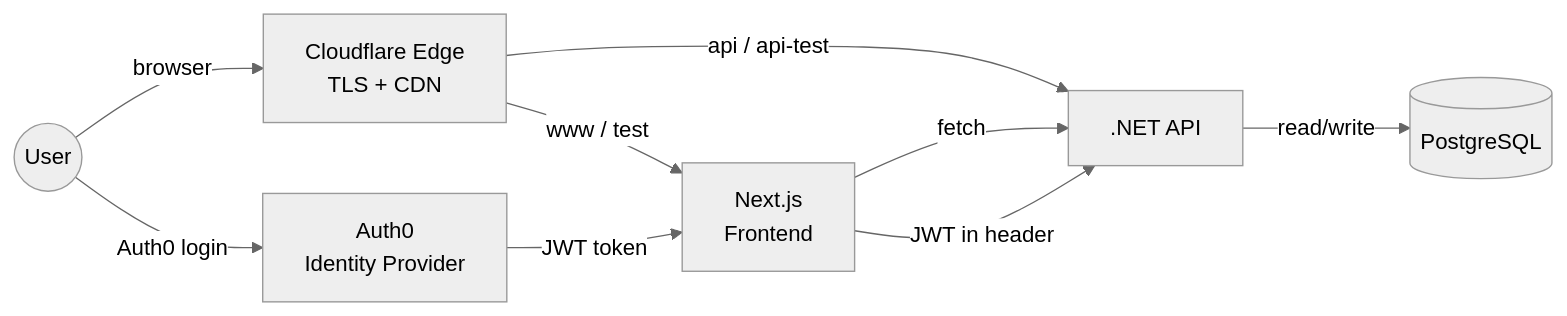
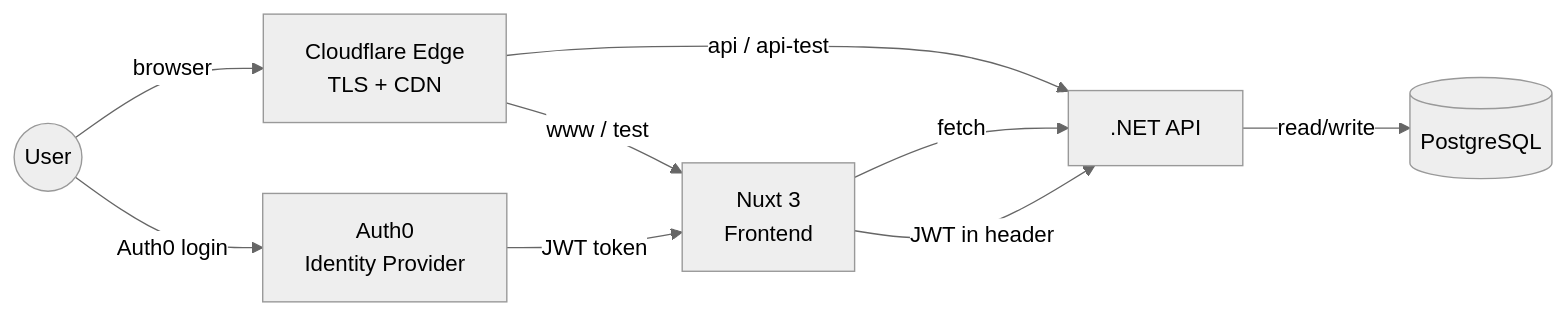
The first of 3 diagrams in README.md (Evanflow-Studio/www.evanbecker.net), drawn with Mermaid (neutral theme) before and after one commit. The commit also changed other lines of this file and 209 other files, not shown here.

First line of the commit message:
Replace Next.js frontend with Nuxt 3

````diff
--- a/README.md
+++ b/README.md
@@ -60,11 +60,11 @@
 ```mermaid
 graph LR
     User((User)) -->|browser| CF[Cloudflare Edge<br/>TLS + CDN]
-    CF -->|www / test| Client[Next.js<br/>Frontend]
+    CF -->|www / test| Client[Nuxt 3<br/>Frontend]
     CF -->|api / api-test| API[.NET API]
     Client -->|fetch| API
     API -->|read/write| DB[(PostgreSQL)]
     User -->|Auth0 login| Auth0[Auth0<br/>Identity Provider]
     Auth0 -->|JWT token| Client
     Client -->|JWT in header| API
 ```
````
